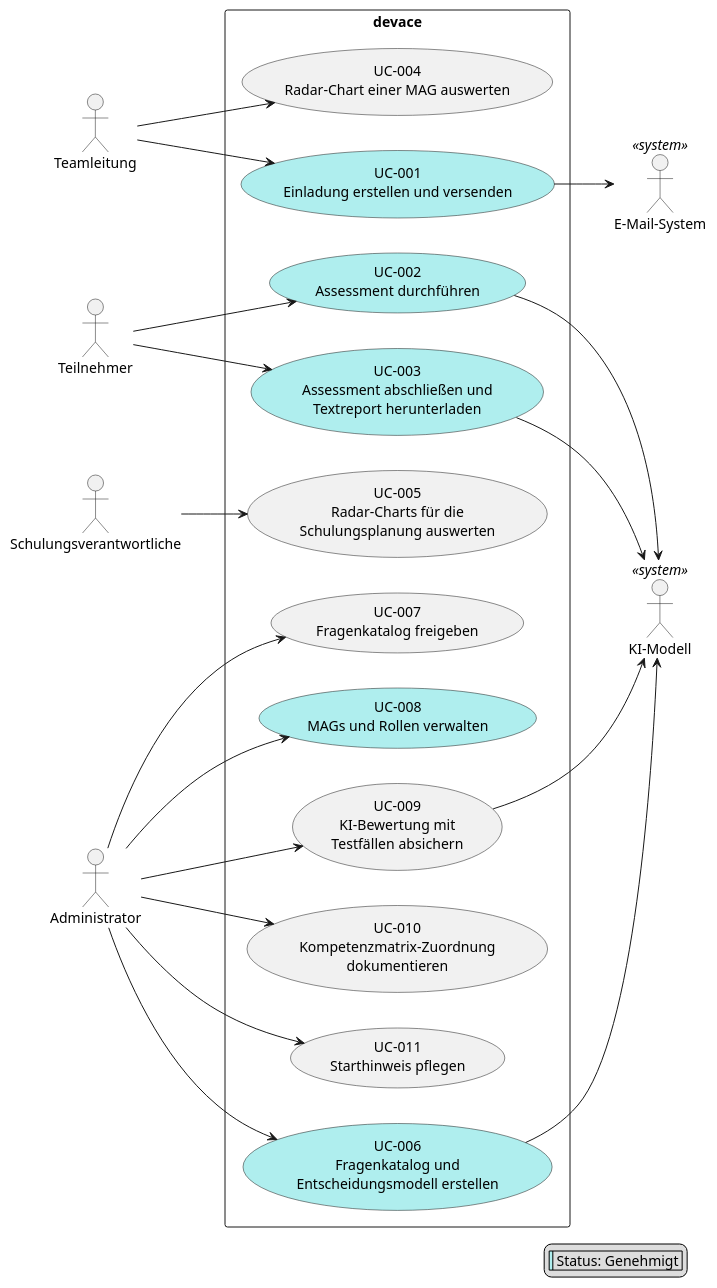
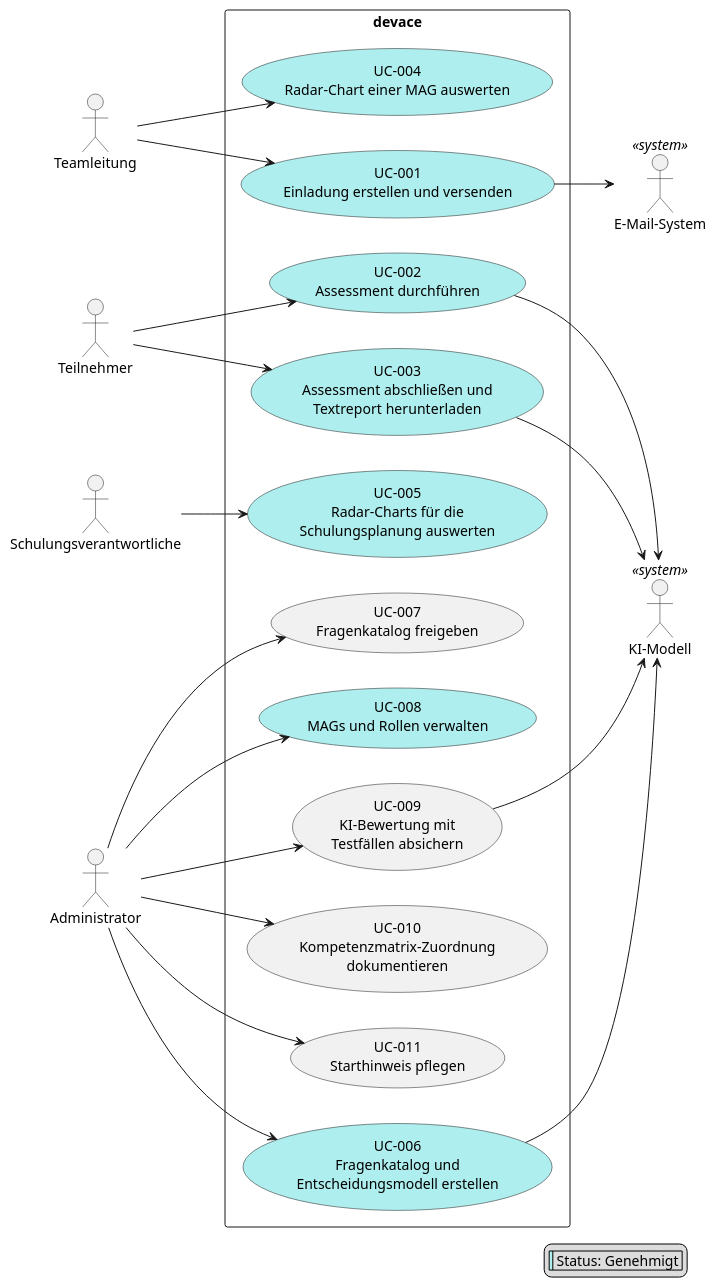
One commit to mrwylan/devace changed the diagram in docs/use_cases.puml. Above: the diagram before and after it, drawn with PlantUML.

Commit message:
Use case diagram: UC-004, UC-005 coloured (Genehmigt)
Claude-Session: https://claude.ai/code/session_01UoqWrP8u2S2FR85HwbuEMf

```diff
--- a/docs/use_cases.puml
+++ b/docs/use_cases.puml
@@ -1,58 +1,58 @@
 @startuml Use Cases Overview
 left to right direction
 
 actor "Teamleitung" as teamleitung
 actor "Teilnehmer" as teilnehmer
 actor "Schulungsverantwortliche" as schulung
 actor "Administrator" as admin
 actor "KI-Modell" as ki <<system>>
 actor "E-Mail-System" as mail <<system>>
 
 rectangle "devace" {
     ' FR-001, FR-002
     usecase "UC-001\nEinladung erstellen und versenden" as UC001 #PaleTurquoise
     ' FR-003, FR-004, FR-005, FR-006
     usecase "UC-002\nAssessment durchführen" as UC002 #PaleTurquoise
     ' FR-007, FR-008, FR-009
     usecase "UC-003\nAssessment abschließen und\nTextreport herunterladen" as UC003 #PaleTurquoise
     ' FR-010
-    usecase "UC-004\nRadar-Chart einer MAG auswerten" as UC004
+    usecase "UC-004\nRadar-Chart einer MAG auswerten" as UC004 #PaleTurquoise
     ' FR-011
-    usecase "UC-005\nRadar-Charts für die\nSchulungsplanung auswerten" as UC005
+    usecase "UC-005\nRadar-Charts für die\nSchulungsplanung auswerten" as UC005 #PaleTurquoise
     ' FR-012, FR-013
     usecase "UC-006\nFragenkatalog und\nEntscheidungsmodell erstellen" as UC006 #PaleTurquoise
     ' FR-014
     usecase "UC-007\nFragenkatalog freigeben" as UC007
     ' FR-015
     usecase "UC-008\nMAGs und Rollen verwalten" as UC008 #PaleTurquoise
     ' FR-016
     usecase "UC-009\nKI-Bewertung mit\nTestfällen absichern" as UC009
     ' FR-017
     usecase "UC-010\nKompetenzmatrix-Zuordnung\ndokumentieren" as UC010
     ' FR-019
     usecase "UC-011\nStarthinweis pflegen" as UC011
 }
 
 teamleitung --> UC001
 teamleitung --> UC004
 teilnehmer --> UC002
 teilnehmer --> UC003
 schulung --> UC005
 admin --> UC006
 admin --> UC007
 admin --> UC008
 admin --> UC009
 admin --> UC010
 admin --> UC011
 
 UC001 --> mail
 UC002 --> ki
 UC003 --> ki
 UC006 --> ki
 UC009 --> ki
 
 legend right
   |<#PaleTurquoise>| Status: Genehmigt |
 endlegend
 
 @enduml
```
